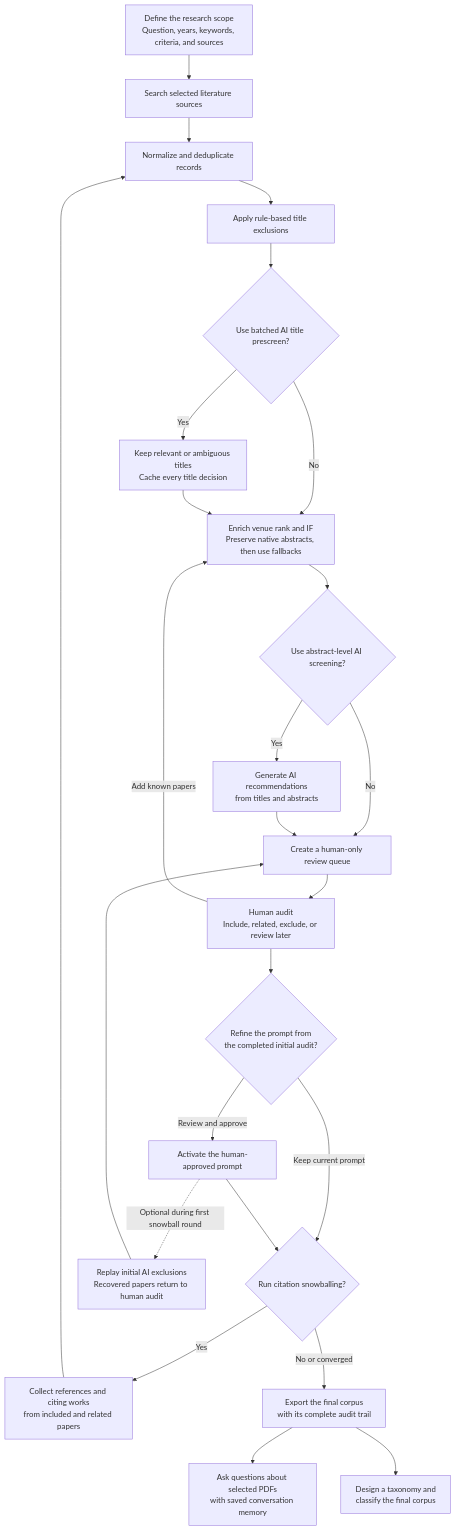
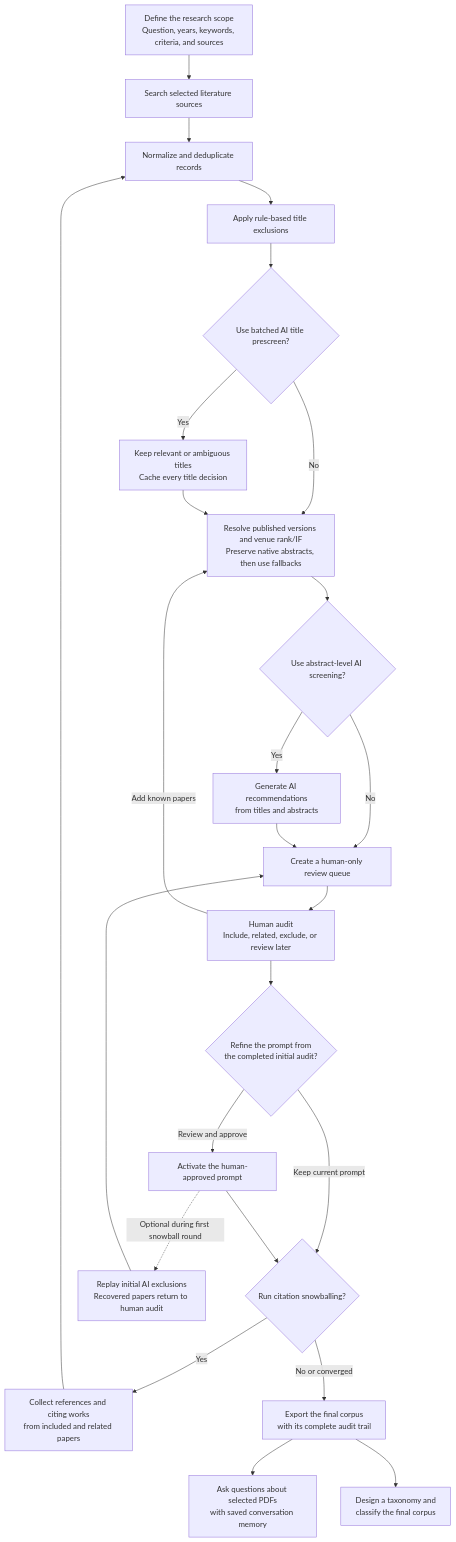
The diagram in README.md (yo4c5ama/survey-tool), drawn with Mermaid before and after one commit. The commit also changed other lines of this file and 4 other files, not shown here.

````diff
--- a/README.md
+++ b/README.md
@@ -12,27 +12,27 @@
 ```mermaid
 flowchart TD
     A["Define the research scope<br/>Question, years, keywords, criteria, and sources"] --> B["Search selected literature sources"]
     B --> C["Normalize and deduplicate records"]
     C --> E["Apply rule-based title exclusions"]
     E --> T{"Use batched AI title prescreen?"}
     T -- Yes --> U["Keep relevant or ambiguous titles<br/>Cache every title decision"]
-    T -- No --> D["Enrich venue rank and IF<br/>Preserve native abstracts, then use fallbacks"]
+    T -- No --> D["Resolve published versions and venue rank/IF<br/>Preserve native abstracts, then use fallbacks"]
     U --> D
     D --> F{"Use abstract-level AI screening?"}
     F -- Yes --> G["Generate AI recommendations<br/>from titles and abstracts"]
     F -- No --> H["Create a human-only review queue"]
     G --> H
     H --> I["Human audit<br/>Include, related, exclude, or review later"]
     I -- "Add known papers" --> D
     I --> P{"Refine the prompt from<br/>the completed initial audit?"}
     P -- "Review and approve" --> R["Activate the human-approved prompt"]
     P -- "Keep current prompt" --> J{"Run citation snowballing?"}
     R --> J
     R -. "Optional during first snowball round" .-> O["Replay initial AI exclusions<br/>Recovered papers return to human audit"]
     O --> H
     J -- Yes --> K["Collect references and citing works<br/>from included and related papers"]
     K --> C
     J -- "No or converged" --> L["Export the final corpus<br/>with its complete audit trail"]
     L --> M["Ask questions about selected PDFs<br/>with saved conversation memory"]
     L --> N["Design a taxonomy and<br/>classify the final corpus"]
 ```
````
